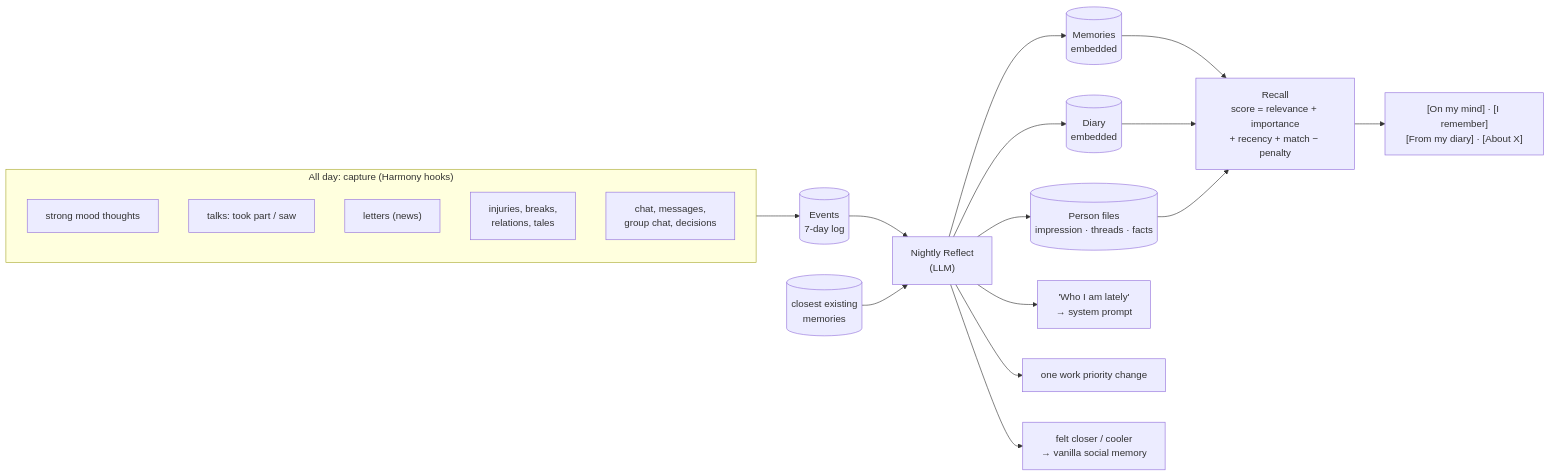
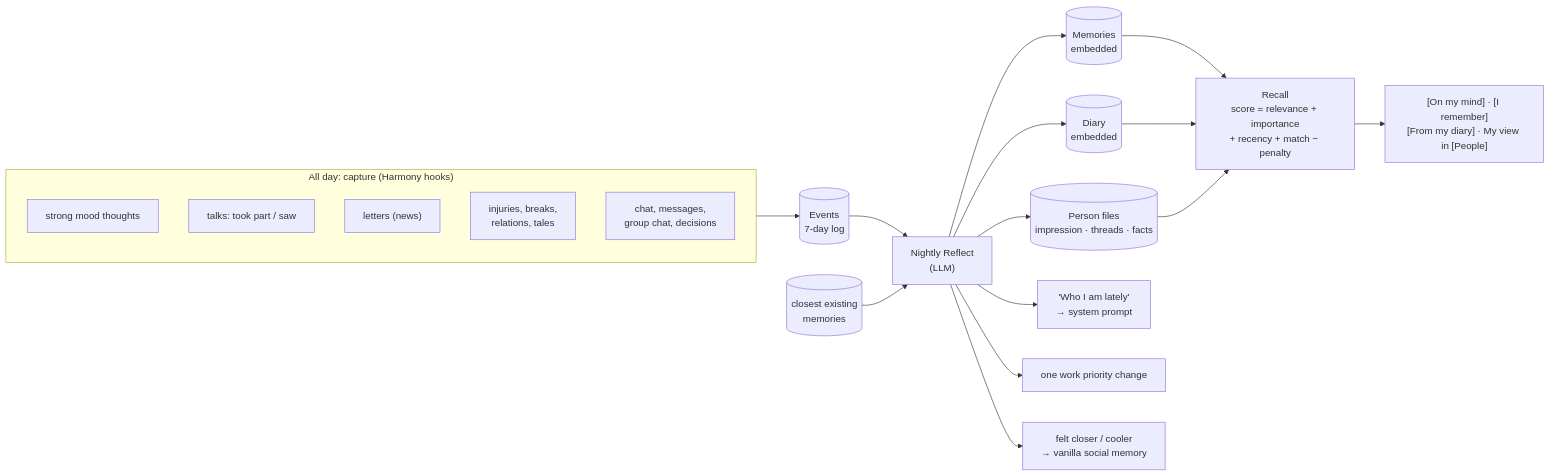
Before and after one commit to ManuelPDM/RimAIFriend: the fourth of 9 diagrams in README.md, drawn with Mermaid. The commit also changed other lines of this file and 16 other files, not shown here.

````diff
--- a/README.md
+++ b/README.md
@@ -323,21 +324,21 @@
 ```mermaid
 flowchart LR
     subgraph Capture["All day: capture (Harmony hooks)"]
         E1["strong mood thoughts"]
         E2["talks: took part / saw"]
         E3["letters (news)"]
         E4["injuries, breaks,<br/>relations, tales"]
         E5["chat, messages,<br/>group chat, decisions"]
     end
     Capture --> Ev[("Events<br/>7-day log")]
     Ev --> Ref["Nightly Reflect<br/>(LLM)"]
     Mem0[("closest existing<br/>memories")] --> Ref
     Ref --> Mem[("Memories<br/>embedded")]
     Ref --> Dia[("Diary<br/>embedded")]
     Ref --> Files[("Person files<br/>impression · threads · facts")]
     Ref --> Lately["'Who I am lately'<br/>→ system prompt"]
     Ref --> Work["one work priority change"]
     Ref --> Feel["felt closer / cooler<br/>→ vanilla social memory"]
     Mem & Dia & Files --> Recall["Recall<br/>score = relevance + importance<br/>+ recency + match − penalty"]
-    Recall --> Prompt["[On my mind] · [I remember]<br/>[From my diary] · [About X]"]
+    Recall --> Prompt["[On my mind] · [I remember]<br/>[From my diary] · My view in [People]"]
 ```
````
